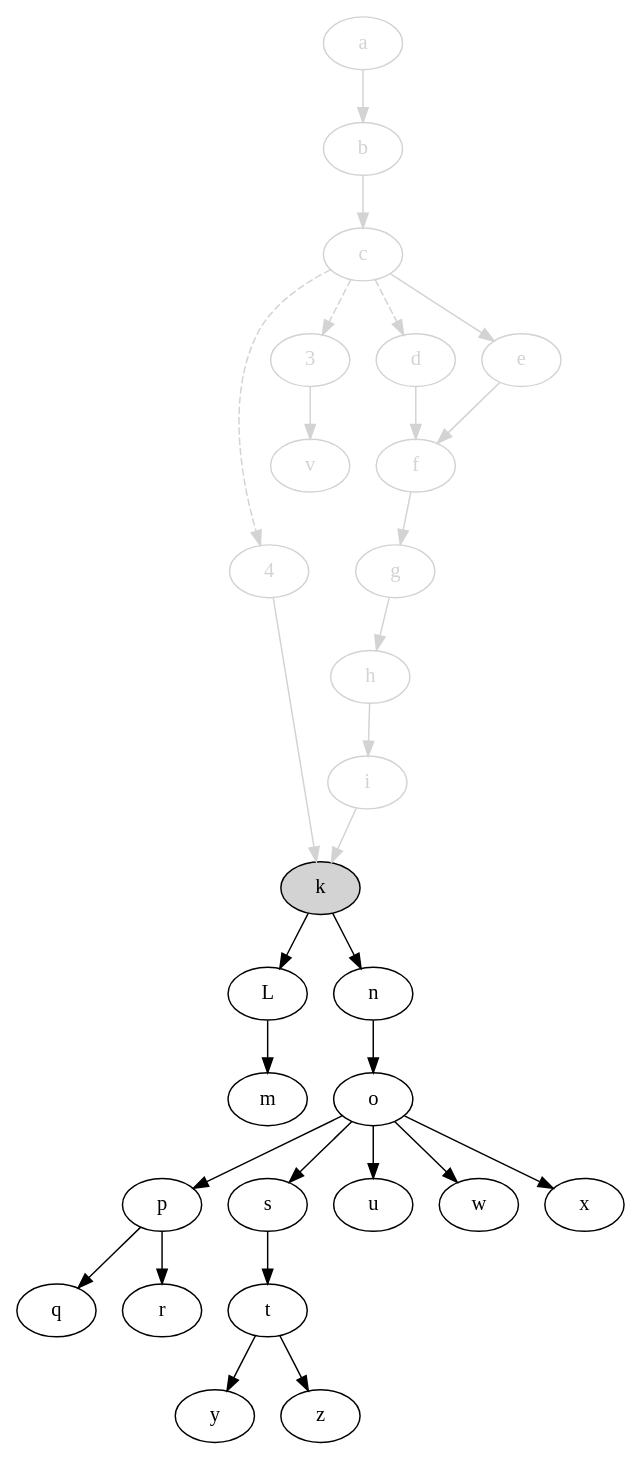
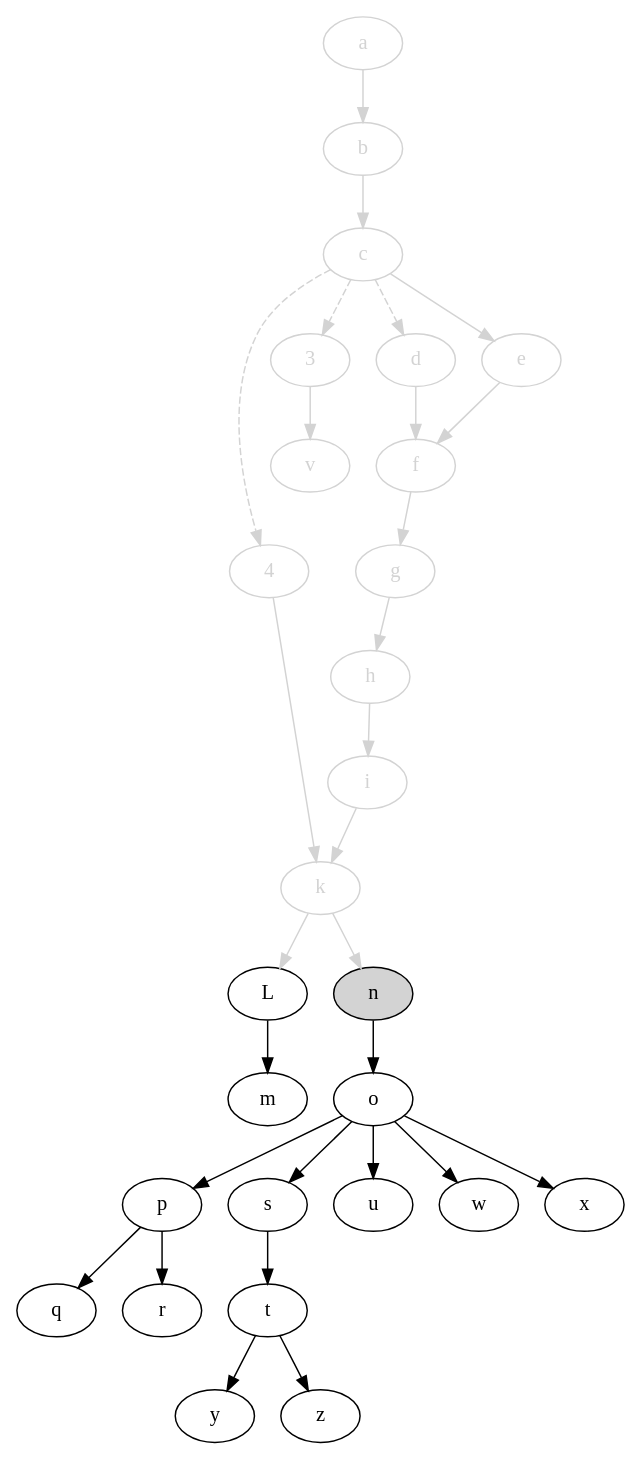
One commit to jdmpapin/svm-startup-deps changed the diagram in svm-startup-deps.dot. Above: the diagram before and after it, drawn with Graphviz. The commit also changed 1 other file, not shown here.

```diff
--- a/svm-startup-deps.dot
+++ b/svm-startup-deps.dot
@@ -1,58 +1,58 @@
 digraph {
     4 [color=lightgrey,fontcolor=lightgrey];
     3 [color=lightgrey,fontcolor=lightgrey];
     a [color=lightgrey,fontcolor=lightgrey];
     b [color=lightgrey,fontcolor=lightgrey];
     c [color=lightgrey,fontcolor=lightgrey];
     d [color=lightgrey,fontcolor=lightgrey];
     e [color=lightgrey,fontcolor=lightgrey];
     f [color=lightgrey,fontcolor=lightgrey];
     g [color=lightgrey,fontcolor=lightgrey];
     h [color=lightgrey,fontcolor=lightgrey];
     i [color=lightgrey,fontcolor=lightgrey];
-    k [style=filled,fillcolor=lightgrey];
+    k [color=lightgrey,fontcolor=lightgrey];
     L;
     m;
-    n;
+    n [style=filled,fillcolor=lightgrey];
     o;
     p;
     q;
     r;
     s;
     t;
     u;
     v [color=lightgrey,fontcolor=lightgrey];
     w;
     x;
     y;
     z;
 
     4 -> k [color=lightgrey];
     c -> 4 [style=dashed,color=lightgrey];
     c -> 3 [style=dashed,color=lightgrey];
     c -> d [style=dashed,color=lightgrey];
     3 -> v [color=lightgrey];
     a -> b [color=lightgrey];
     b -> c [color=lightgrey];
     c -> e [color=lightgrey];
     d -> f [color=lightgrey];
     e -> f [color=lightgrey];
     f -> g [color=lightgrey];
     g -> h [color=lightgrey];
     h -> i [color=lightgrey];
     i -> k [color=lightgrey];
-    k -> L;
+    k -> L [color=lightgrey];
     L -> m;
-    k -> n;
+    k -> n [color=lightgrey];
     n -> o;
     o -> p;
     p -> q;
     p -> r;
     o -> s;
     s -> t;
     o -> u;
     o -> w;
     o -> x;
     t -> y;
     t -> z;
 }
```
